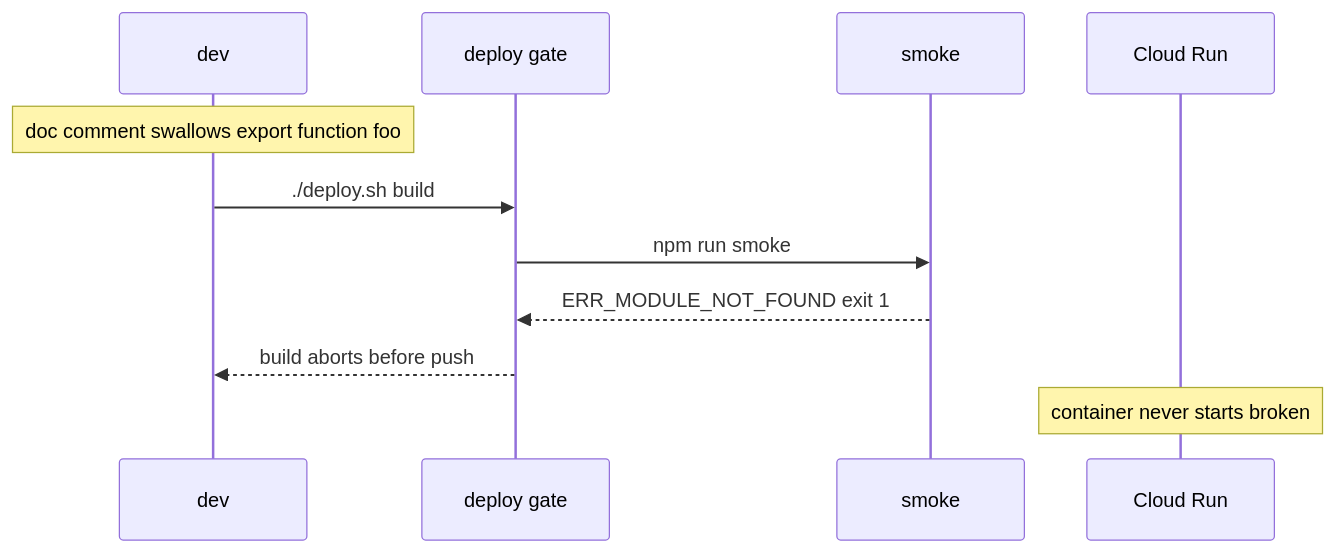
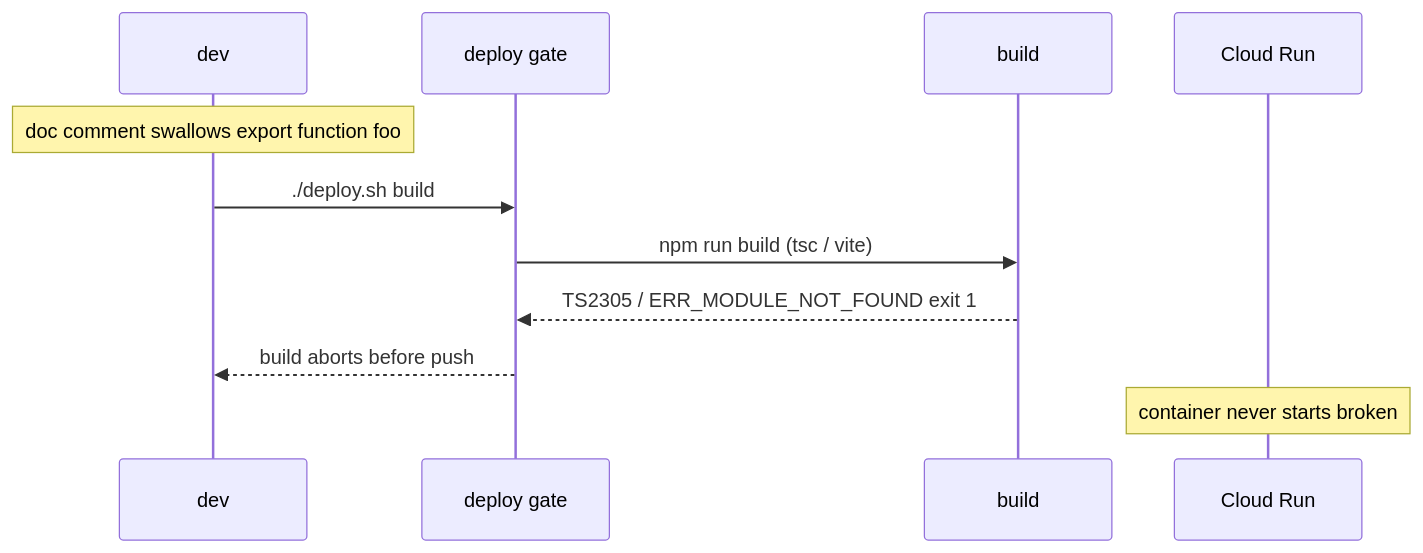
One commit to remcodesign/gcp-rag-chatbot changed the diagram in .github/skills/build-tooling-strict-ts/SKILL.md. Above: the diagram before and after it, drawn with Mermaid. The commit also changed other lines of this file and 85 other files, not shown here.

````diff
--- a/.github/skills/build-tooling-strict-ts/SKILL.md
+++ b/.github/skills/build-tooling-strict-ts/SKILL.md
@@ -33,13 +35,13 @@
 ```mermaid
 sequenceDiagram
   participant D as dev
   participant G as deploy gate
-  participant S as smoke
+  participant B as build
   participant C as Cloud Run
   Note over D: doc comment swallows export function foo
   D->>G: ./deploy.sh build
-  G->>S: npm run smoke
-  S-->>G: ERR_MODULE_NOT_FOUND exit 1
+  G->>B: npm run build (tsc / vite)
+  B-->>G: TS2305 / ERR_MODULE_NOT_FOUND exit 1
   G-->>D: build aborts before push
   Note over C: container never starts broken
 ```
````
